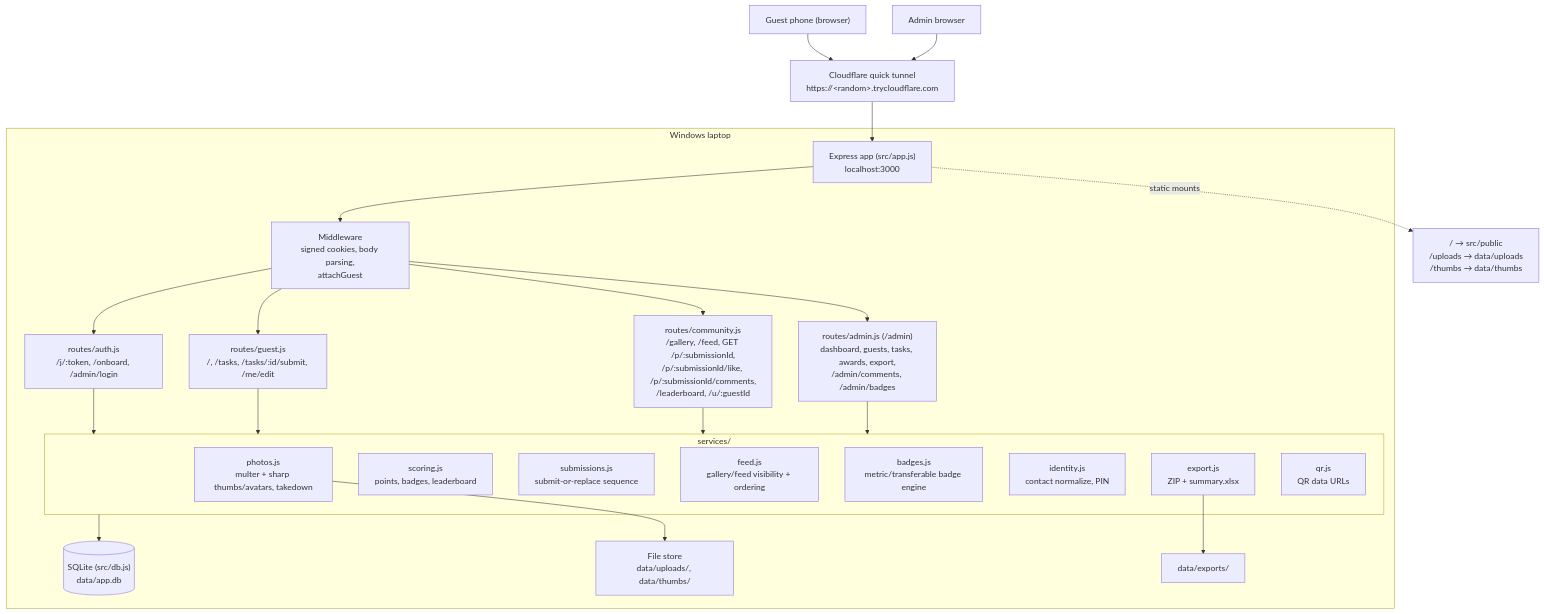
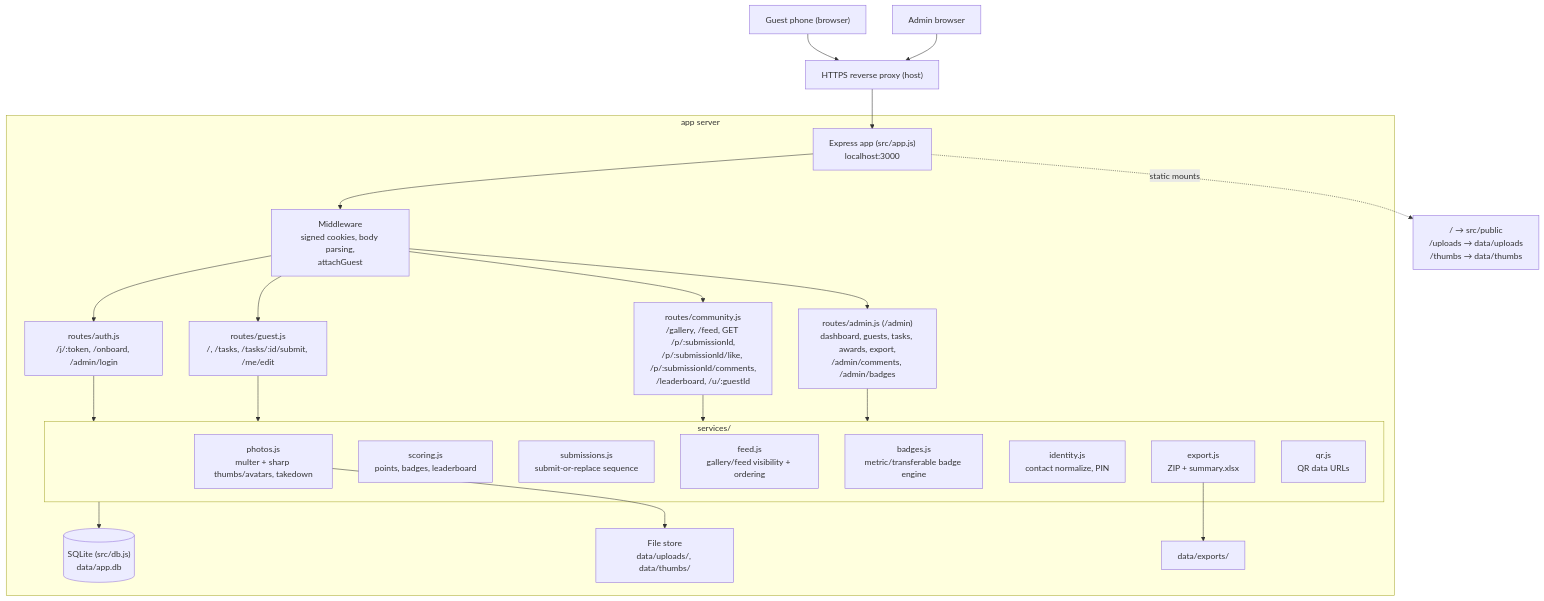
One commit to TrevorHumble/TaskMasterWedding changed the first of 2 diagrams in docs/architecture.md. Above: the diagram before and after it, drawn with Mermaid. The commit also changed other lines of this file and 8 other files, not shown here.

````diff
--- a/docs/architecture.md
+++ b/docs/architecture.md
@@ -9,37 +9,37 @@
 ```mermaid
 flowchart TD
-    phone["Guest phone (browser)"] --> tunnel
-    admin["Admin browser"] --> tunnel
-    tunnel["Cloudflare quick tunnel<br/>https://&lt;random&gt;.trycloudflare.com"] --> express
+    phone["Guest phone (browser)"] --> proxy
+    admin["Admin browser"] --> proxy
+    proxy["HTTPS reverse proxy (host)"] --> express
 
-    subgraph laptop["Windows laptop"]
+    subgraph server["app server"]
         express["Express app (src/app.js)<br/>localhost:3000"]
         express --> mw["Middleware<br/>signed cookies, body parsing,<br/>attachGuest"]
         mw --> auth["routes/auth.js<br/>/j/:token, /onboard, /admin/login"]
         mw --> guest["routes/guest.js<br/>/, /tasks, /tasks/:id/submit, /me/edit"]
         mw --> community["routes/community.js<br/>/gallery, /feed, GET /p/:submissionId,<br/>/p/:submissionId/like, /p/:submissionId/comments,<br/>/leaderboard, /u/:guestId"]
         mw --> adminr["routes/admin.js (/admin)<br/>dashboard, guests, tasks, awards, export,<br/>/admin/comments, /admin/badges"]
 
         auth --> svc
         guest --> svc
         community --> svc
         adminr --> svc
 
         subgraph svc["services/"]
             photos["photos.js<br/>multer + sharp thumbs/avatars, takedown"]
             scoring["scoring.js<br/>points, badges, leaderboard"]
             submissions["submissions.js<br/>submit-or-replace sequence"]
             feed["feed.js<br/>gallery/feed visibility + ordering"]
             badges["badges.js<br/>metric/transferable badge engine"]
             identity["identity.js<br/>contact normalize, PIN"]
             export["export.js<br/>ZIP + summary.xlsx"]
             qr["qr.js<br/>QR data URLs"]
         end
 
         svc --> db[("SQLite (src/db.js)<br/>data/app.db")]
         photos --> files["File store<br/>data/uploads/, data/thumbs/"]
         export --> exports["data/exports/"]
     end
 
     express -. "static mounts" .-> static["/ → src/public<br/>/uploads → data/uploads<br/>/thumbs → data/thumbs"]
 ```
````
